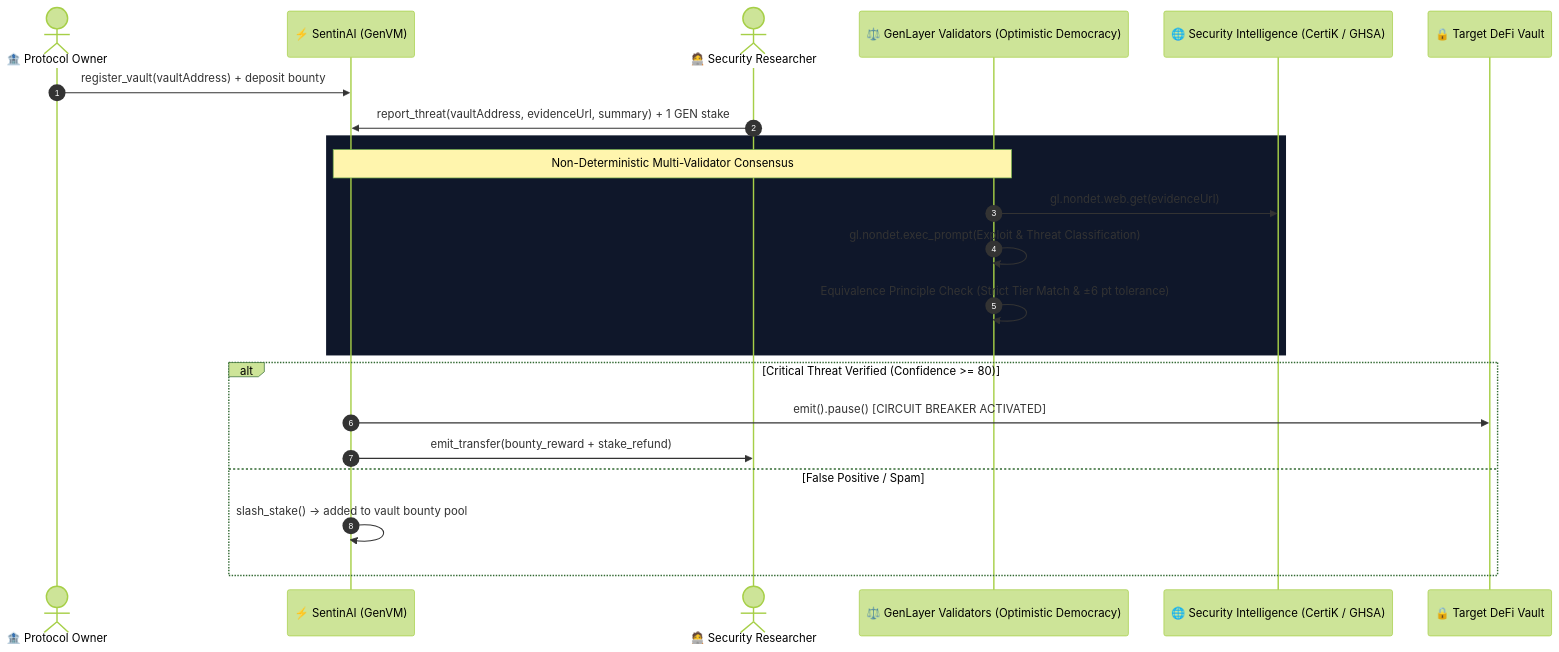
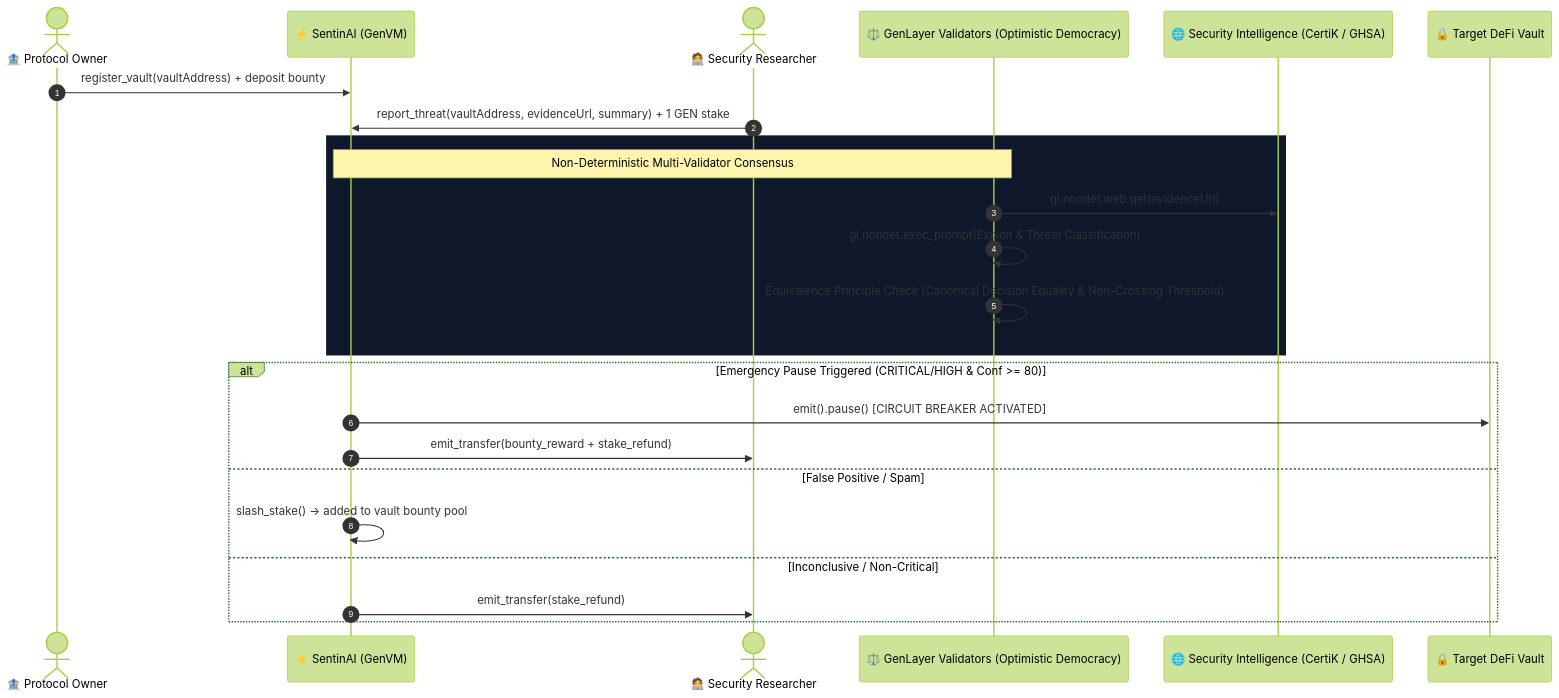
One commit to Lesnak1/sentinai-circuit-breaker changed the diagram in README.md. Above: the diagram before and after it, drawn with Mermaid (forest theme). The commit also changed other lines of this file and 4 other files, not shown here.

First line of the commit message:
feat(consensus): canonicalize threshold decisions and enforce non-crossing boundary consensus

````diff
--- a/README.md
+++ b/README.md
@@ -28,27 +45,29 @@
 ```mermaid
 sequenceDiagram
     autonumber
     actor Protocol as 🏦 Protocol Owner
     participant SentinAI as ⚡ SentinAI (GenVM)
     actor Whitehat as 🧑‍💻 Security Researcher
     participant Validators as ⚖️ GenLayer Validators (Optimistic Democracy)
     participant Web as 🌐 Security Intelligence (CertiK / GHSA)
     participant Vault as 🔒 Target DeFi Vault
 
     Protocol->>SentinAI: register_vault(vaultAddress) + deposit bounty
     Whitehat->>SentinAI: report_threat(vaultAddress, evidenceUrl, summary) + 1 GEN stake
 
     rect rgb(15, 23, 42)
         Note over SentinAI,Validators: Non-Deterministic Multi-Validator Consensus
         Validators->>Web: gl.nondet.web.get(evidenceUrl)
         Validators->>Validators: gl.nondet.exec_prompt(Exploit & Threat Classification)
-        Validators->>Validators: Equivalence Principle Check (Strict Tier Match & ±6 pt tolerance)
+        Validators->>Validators: Equivalence Principle Check (Canonical Decision Equality & Non-Crossing Threshold)
     end
 
-    alt Critical Threat Verified (Confidence >= 80)
+    alt Emergency Pause Triggered (CRITICAL/HIGH & Conf >= 80)
         SentinAI->>Vault: emit().pause() [CIRCUIT BREAKER ACTIVATED]
         SentinAI->>Whitehat: emit_transfer(bounty_reward + stake_refund)
     else False Positive / Spam
         SentinAI->>SentinAI: slash_stake() -> added to vault bounty pool
+    else Inconclusive / Non-Critical
+        SentinAI->>Whitehat: emit_transfer(stake_refund)
     end
 ```
````
